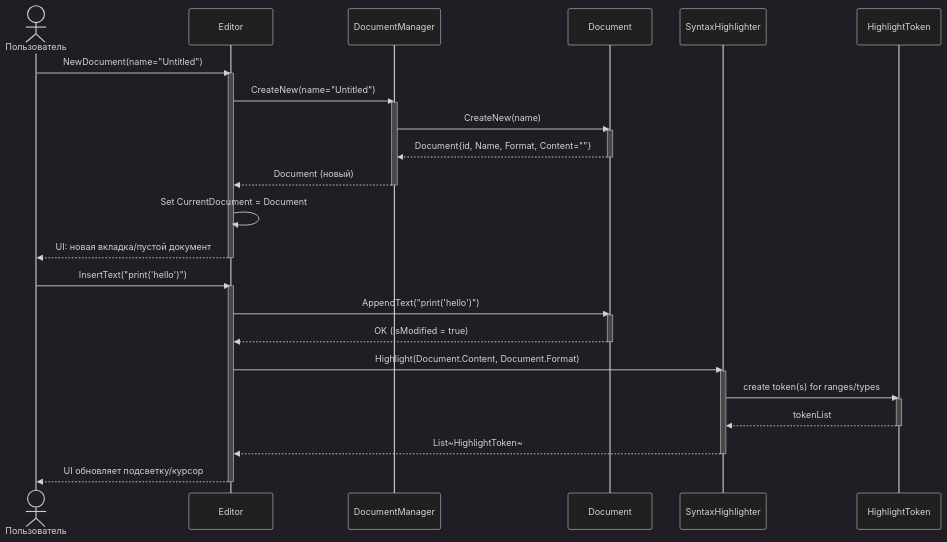
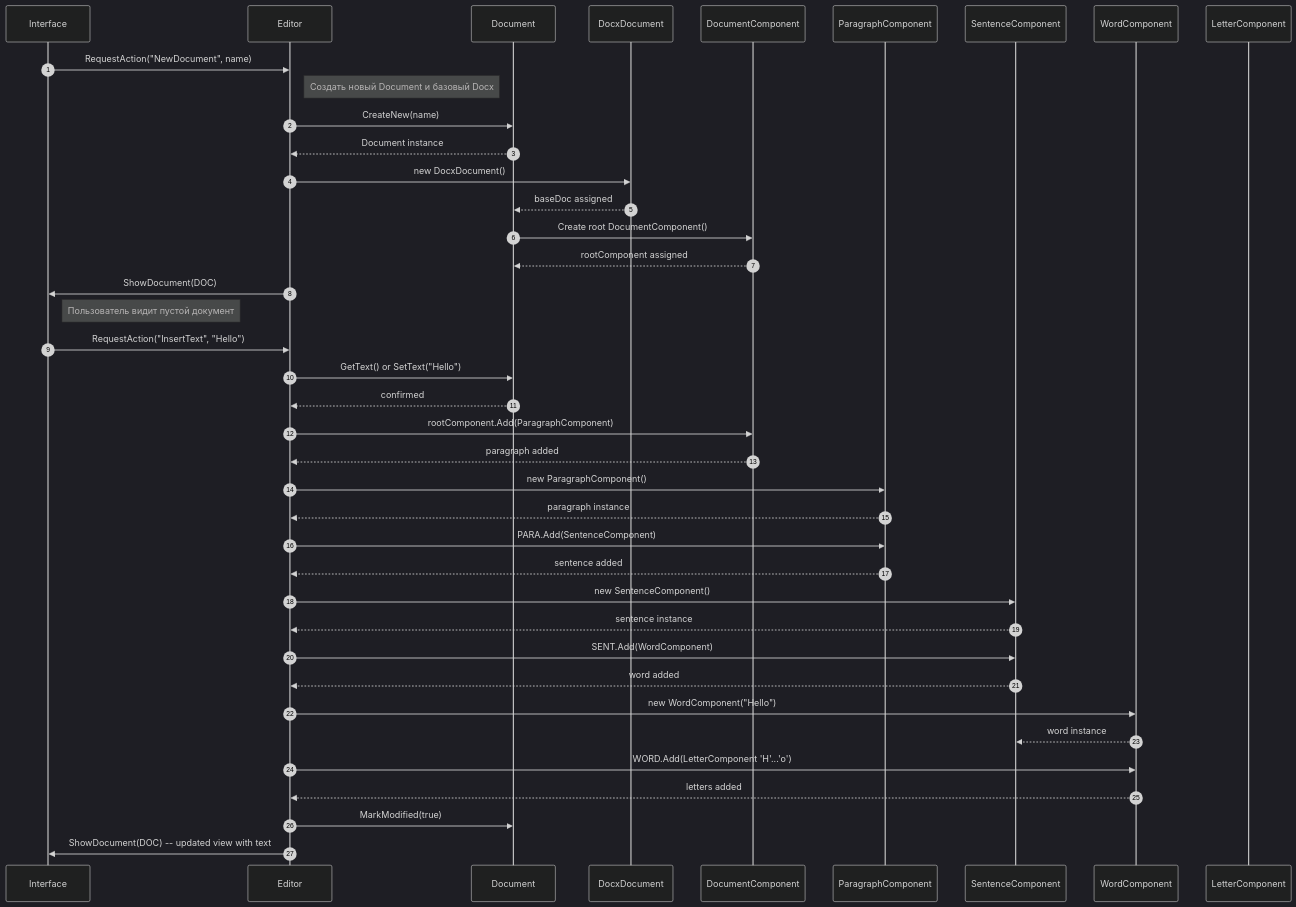
The diagram in Документация/Сценарии использования/01-создание, изменение документа/Диаграмма последовательности Создание, изменение.md (penamarth/bsbo-03-23_team6_var11_textedit), drawn with Mermaid (dark theme) before and after one commit.

Commit message:
Update Диаграмма последовательности Создание, изменение.md

````diff
--- a/Документация/Сценарии использования/01-создание, изменение документа/Диаграмма последовательности Создание, изменение.md
+++ b/Документация/Сценарии использования/01-создание, изменение документа/Диаграмма последовательности Создание, изменение.md
@@ -2,42 +2,46 @@
 ```mermaid
 sequenceDiagram
-    actor User as Пользователь
-    participant Editor as Editor
-    participant DocumentManager as DocumentManager
-    participant Document as Document
-    participant SyntaxHighlighter as SyntaxHighlighter
-    participant HighlightToken as HighlightToken
+    autonumber
+    participant UI as Interface
+    participant ED as Editor
+    participant DOC as Document
+    participant BASE as DocxDocument
+    participant ROOT as DocumentComponent
+    participant PARA as ParagraphComponent
+    participant SENT as SentenceComponent
+    participant WORD as WordComponent
+    participant LETTER as LetterComponent
 
-    User->>Editor: NewDocument(name="Untitled")
-    activate Editor
-    Editor->>DocumentManager: CreateNew(name="Untitled")
-    activate DocumentManager
-    DocumentManager->>Document: CreateNew(name)
-    activate Document
-    Document-->>DocumentManager: Document{id, Name, Format, Content=""}
-    deactivate Document
-    DocumentManager-->>Editor: Document (новый)
-    deactivate DocumentManager
-    Editor->>Editor: Set CurrentDocument = Document
-    Editor-->>User: UI: новая вкладка/пустой документ
-    deactivate Editor
+    UI->>ED: RequestAction("NewDocument", name)
+    note right of ED: Создать новый Document и базовый Docx
+    ED->>DOC: CreateNew(name)
+    DOC-->>ED: Document instance
+    ED->>BASE: new DocxDocument()
+    BASE-->>DOC: baseDoc assigned
+    DOC->>ROOT: Create root DocumentComponent()
+    ROOT-->>DOC: rootComponent assigned
+    ED->>UI: ShowDocument(DOC)
+    note right of UI: Пользователь видит пустой документ
 
-    User->>Editor: InsertText("print('hello')")
-    activate Editor
-    Editor->>Document: AppendText("print('hello')")
-    activate Document
-    Document-->>Editor: OK (IsModified = true)
-    deactivate Document
+    %% пользователь вводит текст: "Hello"
+    UI->>ED: RequestAction("InsertText", "Hello")
+    ED->>DOC: GetText() or SetText("Hello")
+    DOC-->>ED: confirmed
+    ED->>ROOT: rootComponent.Add(ParagraphComponent)
+    ROOT-->>ED: paragraph added
+    ED->>PARA: new ParagraphComponent()
+    PARA-->>ED: paragraph instance
+    ED->>PARA: PARA.Add(SentenceComponent)
+    PARA-->>ED: sentence added
+    ED->>SENT: new SentenceComponent()
+    SENT-->>ED: sentence instance
+    ED->>SENT: SENT.Add(WordComponent)
+    SENT-->>ED: word added
+    ED->>WORD: new WordComponent("Hello")
+    WORD-->>SENT: word instance
+    ED->>WORD: WORD.Add(LetterComponent 'H'...'o')
+    WORD-->>ED: letters added
+    ED->>DOC: MarkModified(true)
+    ED->>UI: ShowDocument(DOC)  -- updated view with text
 
-    Editor->>SyntaxHighlighter: Highlight(Document.Content, Document.Format)
-    activate SyntaxHighlighter
-    SyntaxHighlighter->>HighlightToken: create token(s) for ranges/types
-    activate HighlightToken
-    HighlightToken-->>SyntaxHighlighter: tokenList
-    deactivate HighlightToken
-    SyntaxHighlighter-->>Editor: List~HighlightToken~
-    deactivate SyntaxHighlighter
-
-    Editor-->>User: UI обновляет подсветку/курсор
-    deactivate Editor
 ```
````
